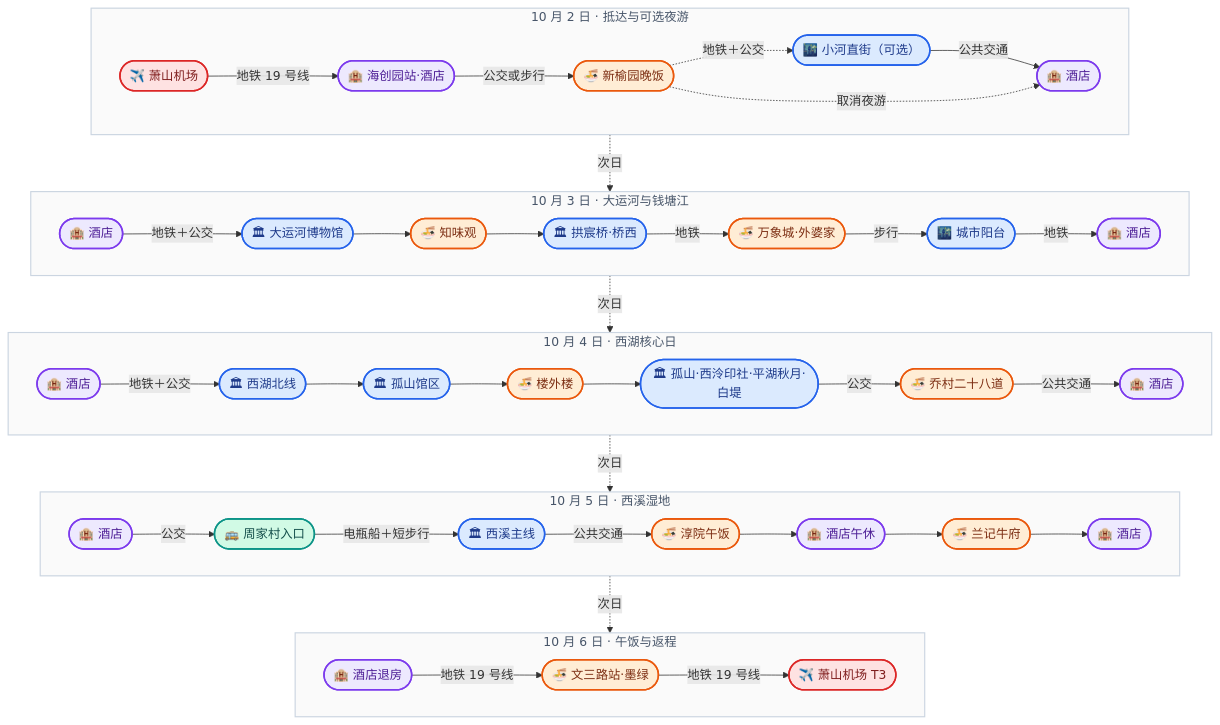
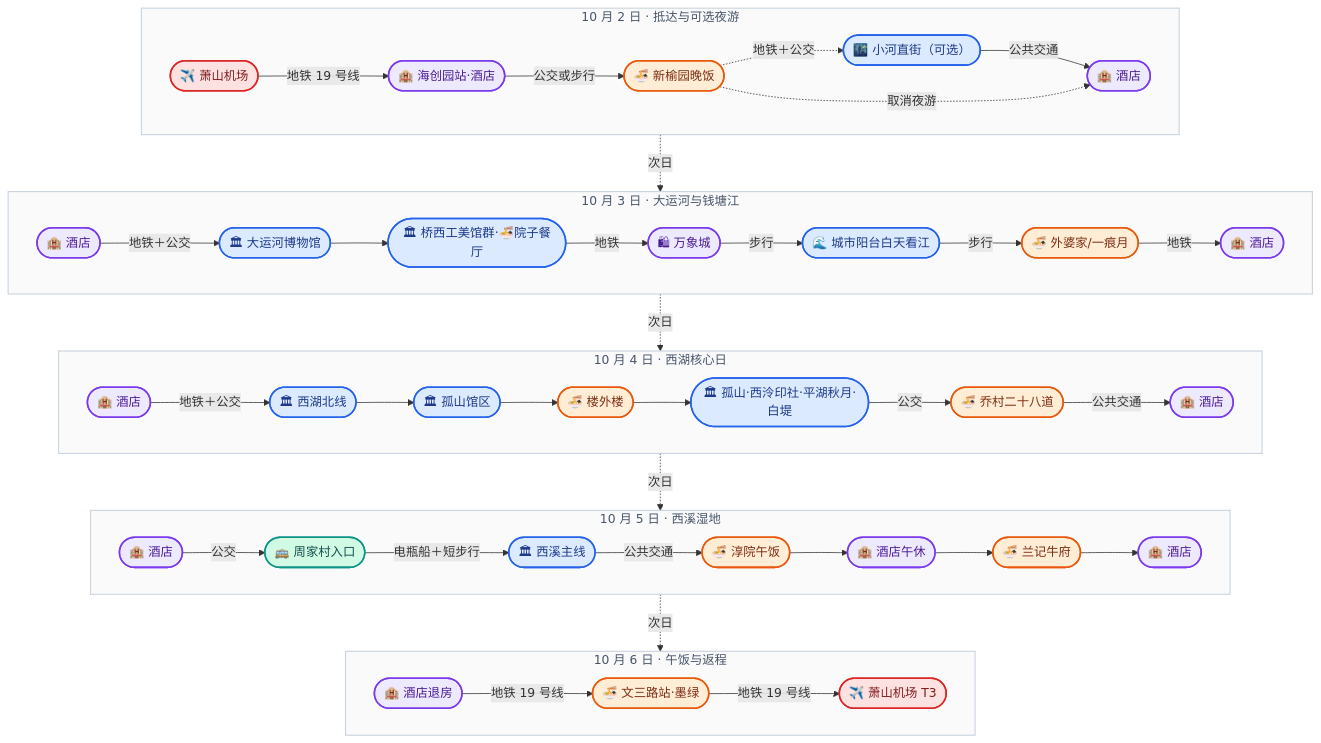
One commit to TheShadow178/hangzhou-trip changed the third of 3 diagrams in docs/traffic.md. Above: the diagram before and after it, drawn with Mermaid. The commit also changed other lines of this file and 2 other files, not shown here.

````diff
--- a/docs/traffic.md
+++ b/docs/traffic.md
@@ -360,63 +362,63 @@
 ```mermaid
 %%{init: {'theme':'base', 'themeVariables': {'fontFamily':'-apple-system, "PingFang SC", "Microsoft YaHei", sans-serif','lineColor':'#94a3b8','primaryColor':'#ffffff','primaryBorderColor':'#94a3b8','primaryTextColor':'#0f172a','fontSize':'13px'}}}%%
 flowchart TB
   subgraph P02["10 月 2 日 · 抵达与可选夜游"]
     direction LR
     P02A(["✈️ 萧山机场"]) -->|地铁 19 号线| P02B(["🏨 海创园站·酒店"])
     P02B -->|公交或步行| P02C(["🍜 新榆园晚饭"])
     P02C -.->|地铁＋公交| P02D(["🌃 小河直街（可选）"])
     P02D -->|公共交通| P02E(["🏨 酒店"])
     P02C -. 取消夜游 .-> P02E
   end
   subgraph P03["10 月 3 日 · 大运河与钱塘江"]
     direction LR
     P03A(["🏨 酒店"]) -->|地铁＋公交| P03B(["🏛 大运河博物馆"])
-    P03B --> P03C(["🍜 知味观"])
-    P03C --> P03D(["🏛 拱宸桥·桥西"])
-    P03D -->|地铁| P03E(["🍜 万象城·外婆家"])
-    P03E -->|步行| P03F(["🌃 城市阳台"])
+    P03B --> P03C(["🏛 桥西工美馆群·🍜院子餐厅"])
+    P03C -->|地铁| P03D(["🛍 万象城"])
+    P03D -->|步行| P03E(["🌊 城市阳台白天看江"])
+    P03E -->|步行| P03F(["🍜 外婆家/一痕月"])
     P03F -->|地铁| P03G(["🏨 酒店"])
   end
   subgraph P04["10 月 4 日 · 西湖核心日"]
     direction LR
     P04A(["🏨 酒店"]) -->|地铁＋公交| P04B(["🏛 西湖北线"])
     P04B --> P04C(["🏛 孤山馆区"])
     P04C --> P04D(["🍜 楼外楼"])
     P04D --> P04E(["🏛 孤山·西泠印社·平湖秋月·白堤"])
     P04E -->|公交| P04F(["🍜 乔村二十八道"])
     P04F -->|公共交通| P04G(["🏨 酒店"])
   end
   subgraph P05["10 月 5 日 · 西溪湿地"]
     direction LR
     P05A(["🏨 酒店"]) -->|公交| P05B(["🚌 周家村入口"])
     P05B -->|电瓶船＋短步行| P05C(["🏛 西溪主线"])
     P05C -->|公共交通| P05D(["🍜 淳院午饭"])
     P05D --> P05E(["🏨 酒店午休"])
     P05E --> P05F(["🍜 兰记牛府"])
     P05F --> P05G(["🏨 酒店"])
   end
   subgraph P06["10 月 6 日 · 午饭与返程"]
     direction LR
     P06A(["🏨 酒店退房"]) -->|地铁 19 号线| P06B(["🍜 文三路站·墨绿"])
     P06B -->|地铁 19 号线| P06C(["✈️ 萧山机场 T3"])
   end
   P02E -.->|次日| P03A
   P03G -.->|次日| P04A
   P04G -.->|次日| P05A
   P05G -.->|次日| P06A
   classDef cAir fill:#fee2e2,stroke:#dc2626,stroke-width:2px,color:#7f1d1d
   classDef cStay fill:#ede9fe,stroke:#7c3aed,stroke-width:2px,color:#4c1d95
   classDef cFood fill:#ffedd5,stroke:#ea580c,stroke-width:2px,color:#7c2d12
   classDef cSee fill:#dbeafe,stroke:#2563eb,stroke-width:2px,color:#1e3a8a
   classDef cMove fill:#d1fae5,stroke:#0d9488,stroke-width:2px,color:#134e4a
   class P02A,P06C cAir
-  class P02B,P02E,P03A,P03G,P04A,P04G,P05A,P05E,P05G,P06A cStay
-  class P02C,P03C,P03E,P04D,P04F,P05D,P05F,P06B cFood
-  class P02D,P03B,P03D,P03F,P04B,P04C,P04E,P05C cSee
+  class P02B,P02E,P03A,P03D,P03G,P04A,P04G,P05A,P05E,P05G,P06A cStay
+  class P02C,P03F,P04D,P04F,P05D,P05F,P06B cFood
+  class P02D,P03B,P03C,P03E,P04B,P04C,P04E,P05C cSee
   class P05B cMove
   style P02 fill:#fafafa,stroke:#cbd5e1,stroke-width:1.5px,color:#475569
   style P03 fill:#fafafa,stroke:#cbd5e1,stroke-width:1.5px,color:#475569
   style P04 fill:#fafafa,stroke:#cbd5e1,stroke-width:1.5px,color:#475569
   style P05 fill:#fafafa,stroke:#cbd5e1,stroke-width:1.5px,color:#475569
   style P06 fill:#fafafa,stroke:#cbd5e1,stroke-width:1.5px,color:#475569
 ```
````
